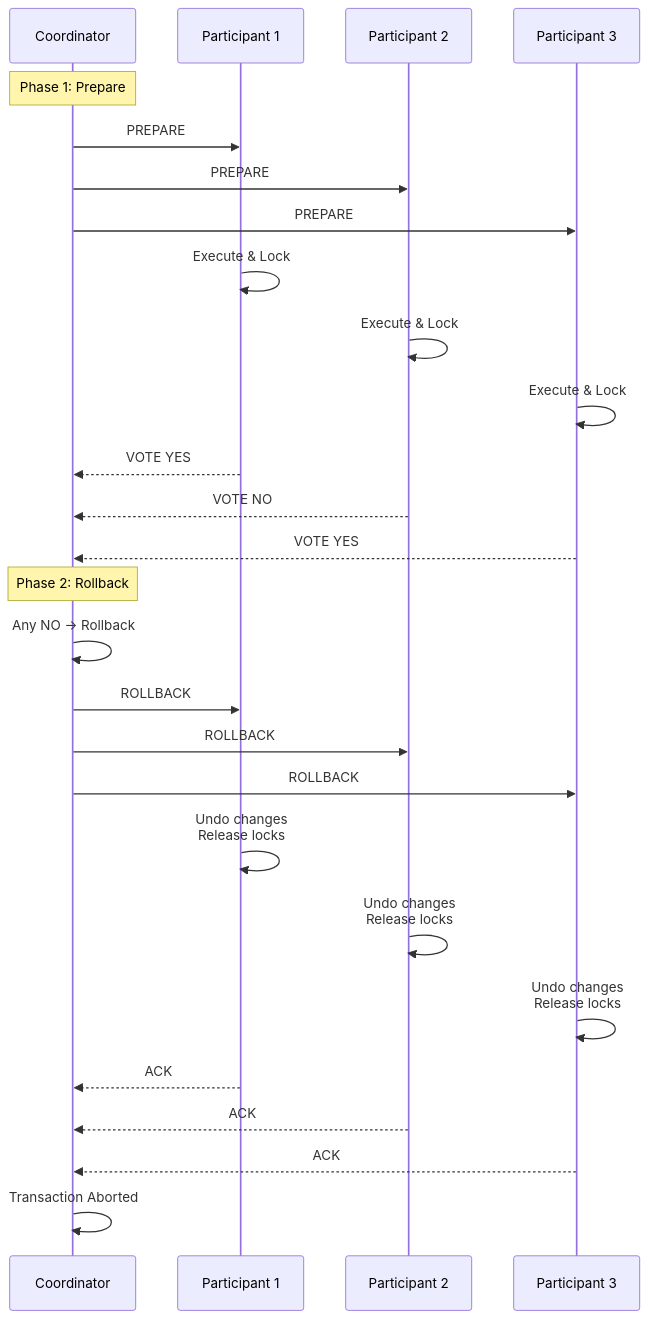
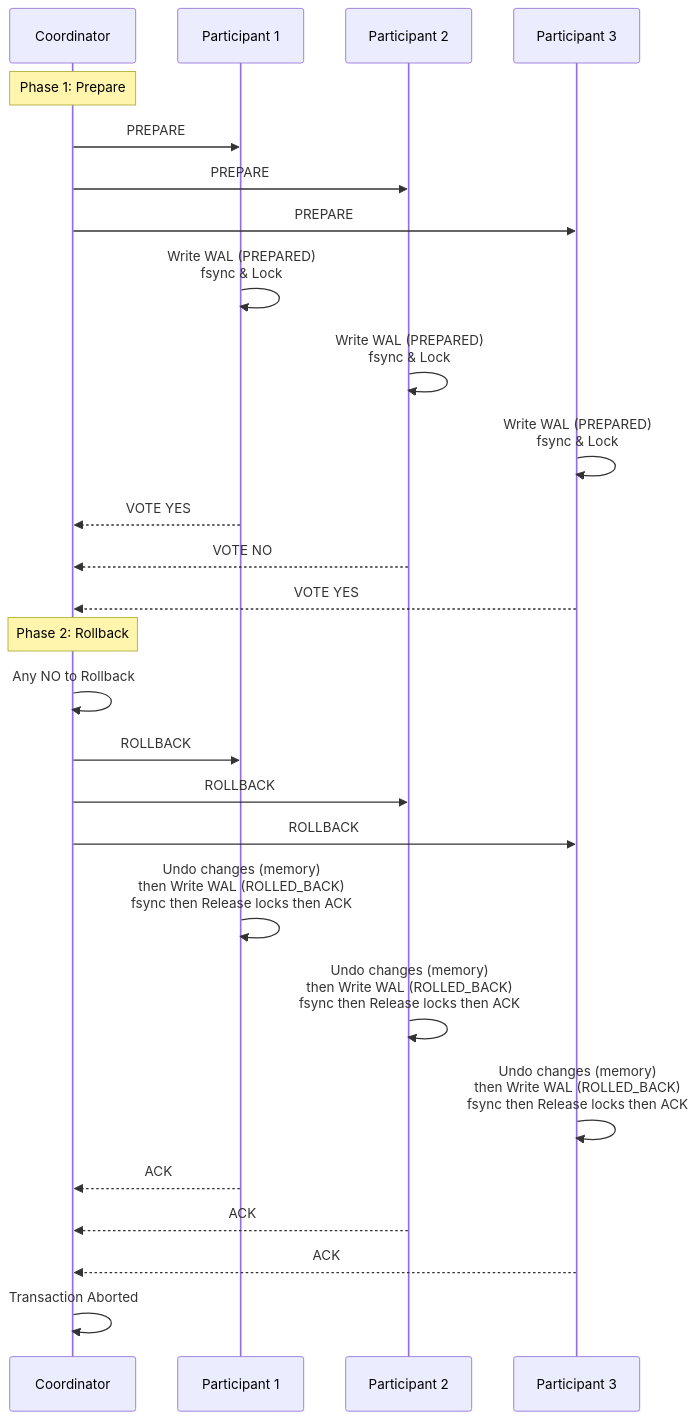
One commit to basit-budroo/swe-deepdives changed diagram 12 of 21 in deepdives/system-design/two-phase-commit/README.md. Above: the diagram before and after it, drawn with Mermaid. The commit also changed other lines of this file, not shown here.

First line of the commit message:
Fix 2PC WAL/fsync sequence and mermaid parse errors

````diff
--- a/deepdives/system-design/two-phase-commit/README.md
+++ b/deepdives/system-design/two-phase-commit/README.md
@@ -371,36 +1229,36 @@
 ```mermaid
 sequenceDiagram
     participant C as Coordinator
     participant P1 as Participant 1
     participant P2 as Participant 2
     participant P3 as Participant 3
-    
+
     Note over C: Phase 1: Prepare
     C->>P1: PREPARE
     C->>P2: PREPARE
     C->>P3: PREPARE
-    
-    P1->>P1: Execute & Lock
-    P2->>P2: Execute & Lock
-    P3->>P3: Execute & Lock
-    
+
+    P1->>P1: Write WAL (PREPARED)<br/>fsync & Lock
+    P2->>P2: Write WAL (PREPARED)<br/>fsync & Lock
+    P3->>P3: Write WAL (PREPARED)<br/>fsync & Lock
+
     P1-->>C: VOTE YES
     P2-->>C: VOTE NO
     P3-->>C: VOTE YES
-    
+
     Note over C: Phase 2: Rollback
-    C->>C: Any NO → Rollback
+    C->>C: Any NO to Rollback
     C->>P1: ROLLBACK
     C->>P2: ROLLBACK
     C->>P3: ROLLBACK
-    
-    P1->>P1: Undo changes<br/>Release locks
-    P2->>P2: Undo changes<br/>Release locks
-    P3->>P3: Undo changes<br/>Release locks
-    
+
+    P1->>P1: Undo changes (memory)<br/>then Write WAL (ROLLED_BACK)<br/>fsync then Release locks then ACK
+    P2->>P2: Undo changes (memory)<br/>then Write WAL (ROLLED_BACK)<br/>fsync then Release locks then ACK
+    P3->>P3: Undo changes (memory)<br/>then Write WAL (ROLLED_BACK)<br/>fsync then Release locks then ACK
+
     P1-->>C: ACK
     P2-->>C: ACK
     P3-->>C: ACK
-    
+
     C->>C: Transaction Aborted
 ```
````
